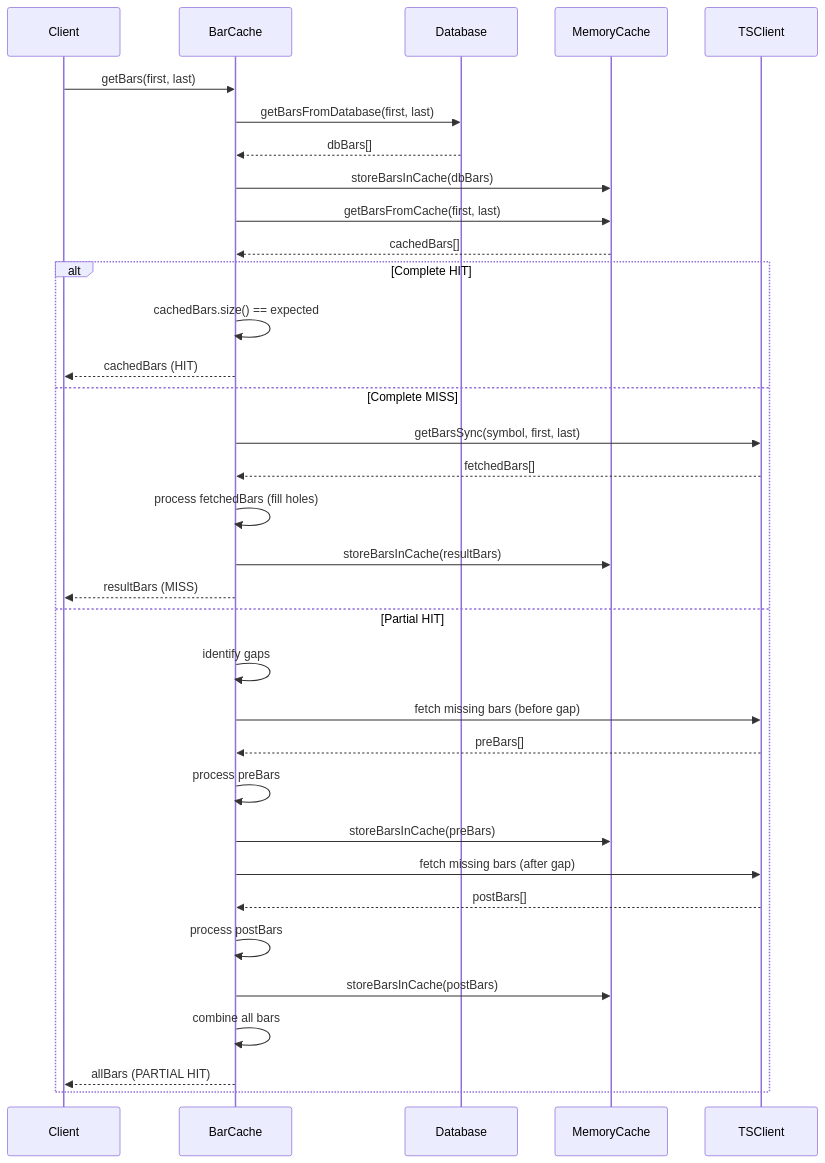
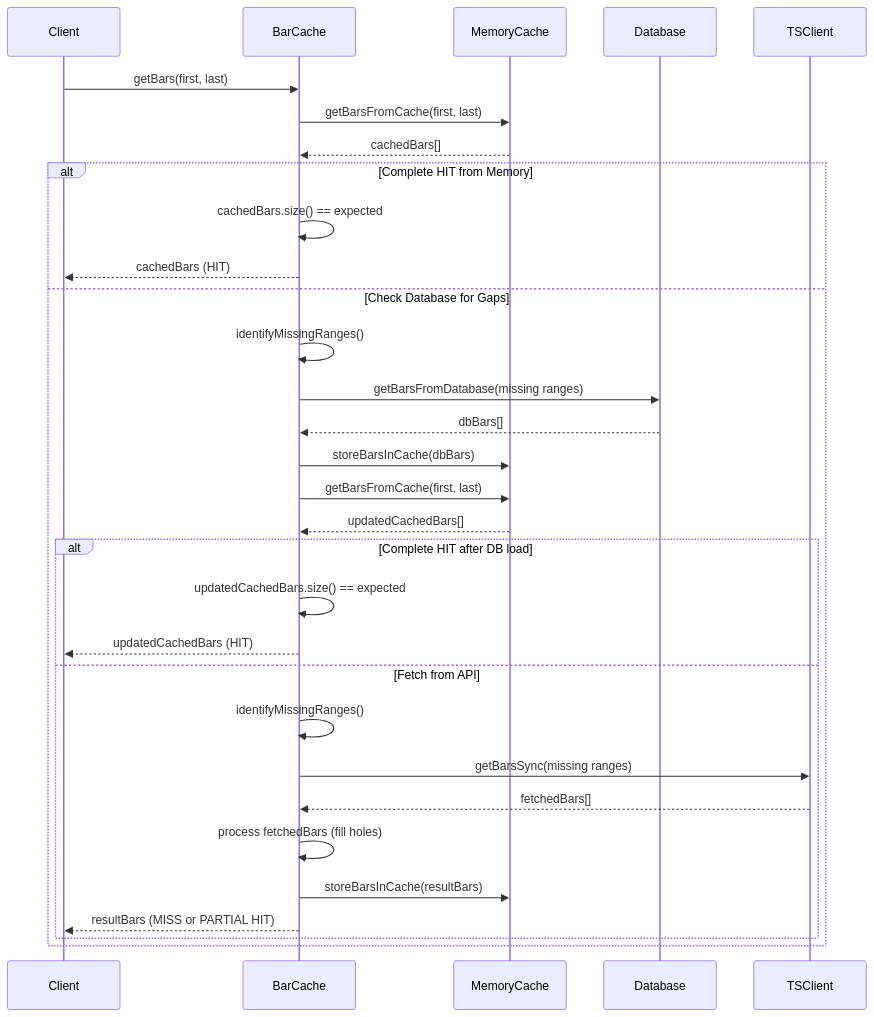
The third of 6 diagrams in src/Core/Cache/BarCache/BarCache.md (simonbeaudoin0935/OpenTraderPlatform), drawn with Mermaid before and after one commit. The commit also changed other lines of this file and 1 other file, not shown here.

Commit message:
Optimize BarCache hierarchy and fix null bar detection
- Reorder cache lookup: memory first, database gaps, API last
- Update documentation diagrams to reflect new hierarchy
- Add null bar detection in database reads for zero-value bars
- Ensure consistent null bar handling across all data sources

````diff
--- a/src/Core/Cache/BarCache/BarCache.md
+++ b/src/Core/Cache/BarCache/BarCache.md
@@ -106,41 +108,38 @@
 ```mermaid
 sequenceDiagram
     participant Client
     participant BarCache
+    participant MemoryCache
     participant Database
-    participant MemoryCache
     participant TSClient
 
     Client->>BarCache: getBars(first, last)
-    BarCache->>Database: getBarsFromDatabase(first, last)
-    Database-->>BarCache: dbBars[]
-    BarCache->>MemoryCache: storeBarsInCache(dbBars)
-
+    
     BarCache->>MemoryCache: getBarsFromCache(first, last)
     MemoryCache-->>BarCache: cachedBars[]
-
-    alt Complete HIT
+    
+    alt Complete HIT from Memory
         BarCache->>BarCache: cachedBars.size() == expected
         BarCache-->>Client: cachedBars (HIT)
-    else Complete MISS
-        BarCache->>TSClient: getBarsSync(symbol, first, last)
-        TSClient-->>BarCache: fetchedBars[]
-        BarCache->>BarCache: process fetchedBars (fill holes)
-        BarCache->>MemoryCache: storeBarsInCache(resultBars)
-        BarCache-->>Client: resultBars (MISS)
-    else Partial HIT
-        BarCache->>BarCache: identify gaps
-        BarCache->>TSClient: fetch missing bars (before gap)
-        TSClient-->>BarCache: preBars[]
-        BarCache->>BarCache: process preBars
-        BarCache->>MemoryCache: storeBarsInCache(preBars)
-
-        BarCache->>TSClient: fetch missing bars (after gap)
-        TSClient-->>BarCache: postBars[]
-        BarCache->>BarCache: process postBars
-        BarCache->>MemoryCache: storeBarsInCache(postBars)
-
-        BarCache->>BarCache: combine all bars
-        BarCache-->>Client: allBars (PARTIAL HIT)
+    else Check Database for Gaps
+        BarCache->>BarCache: identifyMissingRanges()
+        BarCache->>Database: getBarsFromDatabase(missing ranges)
+        Database-->>BarCache: dbBars[]
+        BarCache->>MemoryCache: storeBarsInCache(dbBars)
+        
+        BarCache->>MemoryCache: getBarsFromCache(first, last)
+        MemoryCache-->>BarCache: updatedCachedBars[]
+        
+        alt Complete HIT after DB load
+            BarCache->>BarCache: updatedCachedBars.size() == expected
+            BarCache-->>Client: updatedCachedBars (HIT)
+        else Fetch from API
+            BarCache->>BarCache: identifyMissingRanges()
+            BarCache->>TSClient: getBarsSync(missing ranges)
+            TSClient-->>BarCache: fetchedBars[]
+            BarCache->>BarCache: process fetchedBars (fill holes)
+            BarCache->>MemoryCache: storeBarsInCache(resultBars)
+            BarCache-->>Client: resultBars (MISS or PARTIAL HIT)
+        end
     end
 ```
````
